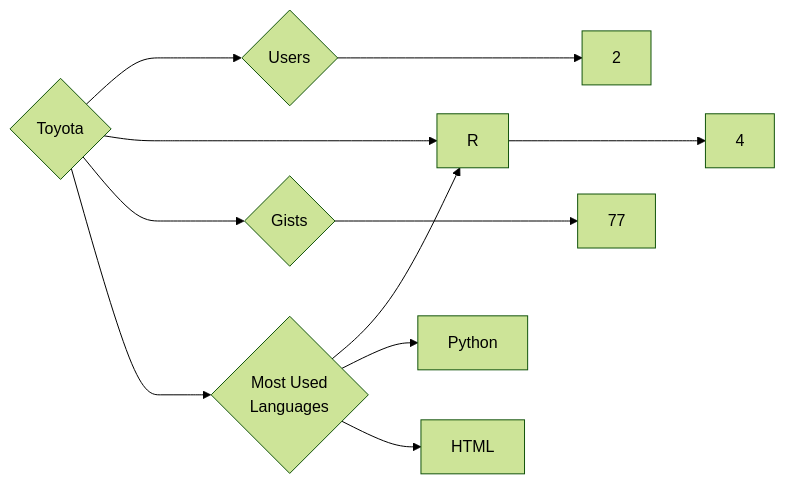
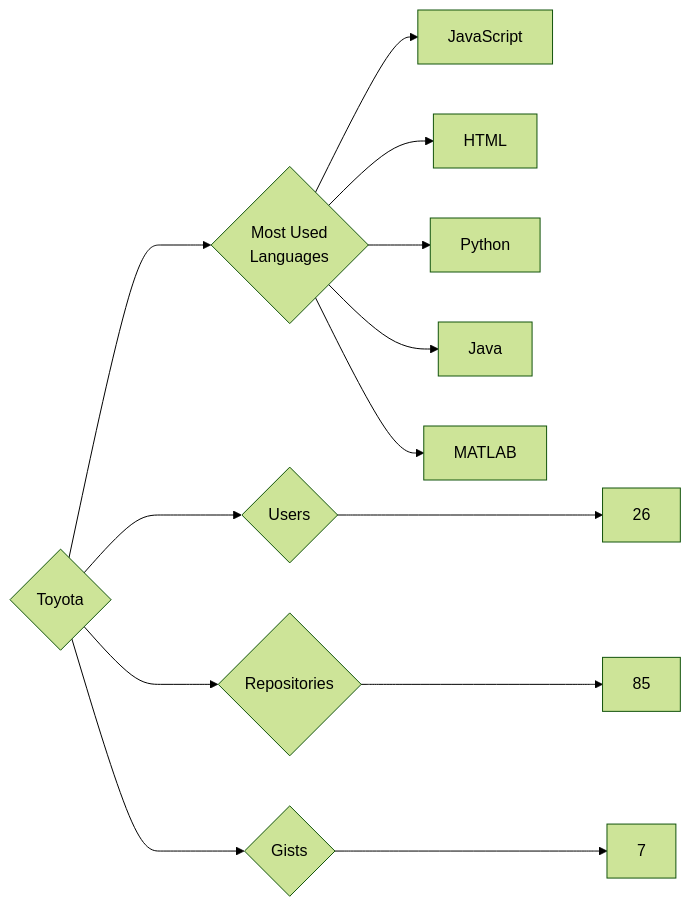
Before and after one commit to trickest/insiders: the diagram in targets/Toyota/README.md, drawn with Mermaid (forest theme). The commit also changed 964 other files, not shown here.

````diff
--- a/targets/Toyota/README.md
+++ b/targets/Toyota/README.md
@@ -3,11 +3,13 @@
 ```mermaid
 graph LR
 COMPANY_NAME{Toyota}
-COMPANY_NAME ---> U{Users} ---> UN[2]
-COMPANY_NAME ---> R{Repositories} ---> RN[4]
-COMPANY_NAME ---> G{Gists} ---> GN[77]
+COMPANY_NAME ---> U{Users} ---> UN[26]
+COMPANY_NAME ---> R{Repositories} ---> RN[85]
+COMPANY_NAME ---> G{Gists} ---> GN[7]
 COMPANY_NAME ---> ML{Most Used<br>Languages}
-ML --> R[R]
+ML --> JavaScript[JavaScript]
+ML --> HTML[HTML]
 ML --> Python[Python]
-ML --> HTML[HTML]
+ML --> Java[Java]
+ML --> MATLAB[MATLAB]
 ```
````
